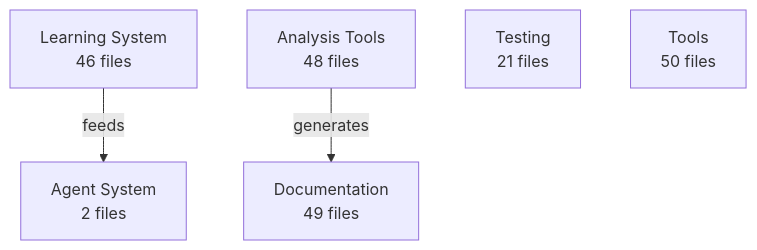
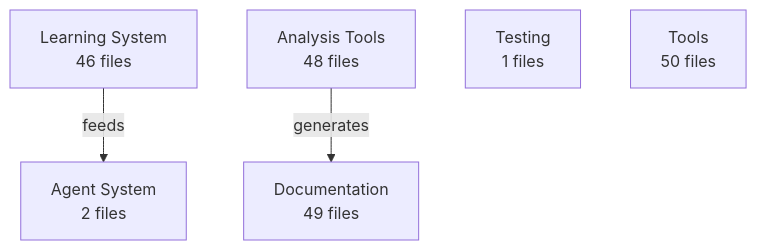
The diagram in analysis/architecture/architecture.mmd (enufacas/Chained), drawn with Mermaid before and after one commit. The commit also changed 6 other files, not shown here.

First line of the commit message:
🏗️ Update architecture evolution tracking

```diff
--- a/analysis/architecture/architecture.mmd
+++ b/analysis/architecture/architecture.mmd
@@ -1,9 +1,9 @@
 graph TD
     learning_system[Learning System<br/>46 files]
     agent_system[Agent System<br/>2 files]
     analysis_tools[Analysis Tools<br/>48 files]
     documentation[Documentation<br/>49 files]
-    testing[Testing<br/>21 files]
+    testing[Testing<br/>1 files]
     tools[Tools<br/>50 files]
     learning_system -->|feeds| agent_system
     analysis_tools -->|generates| documentation
```
